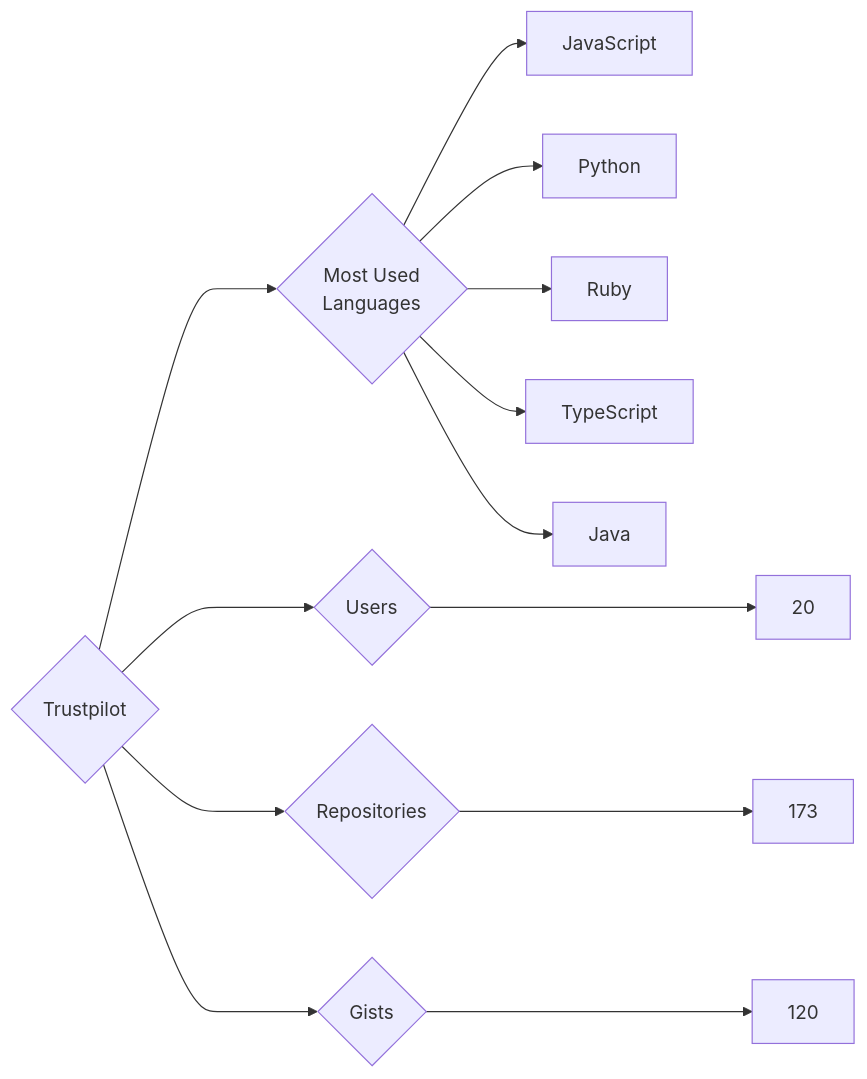
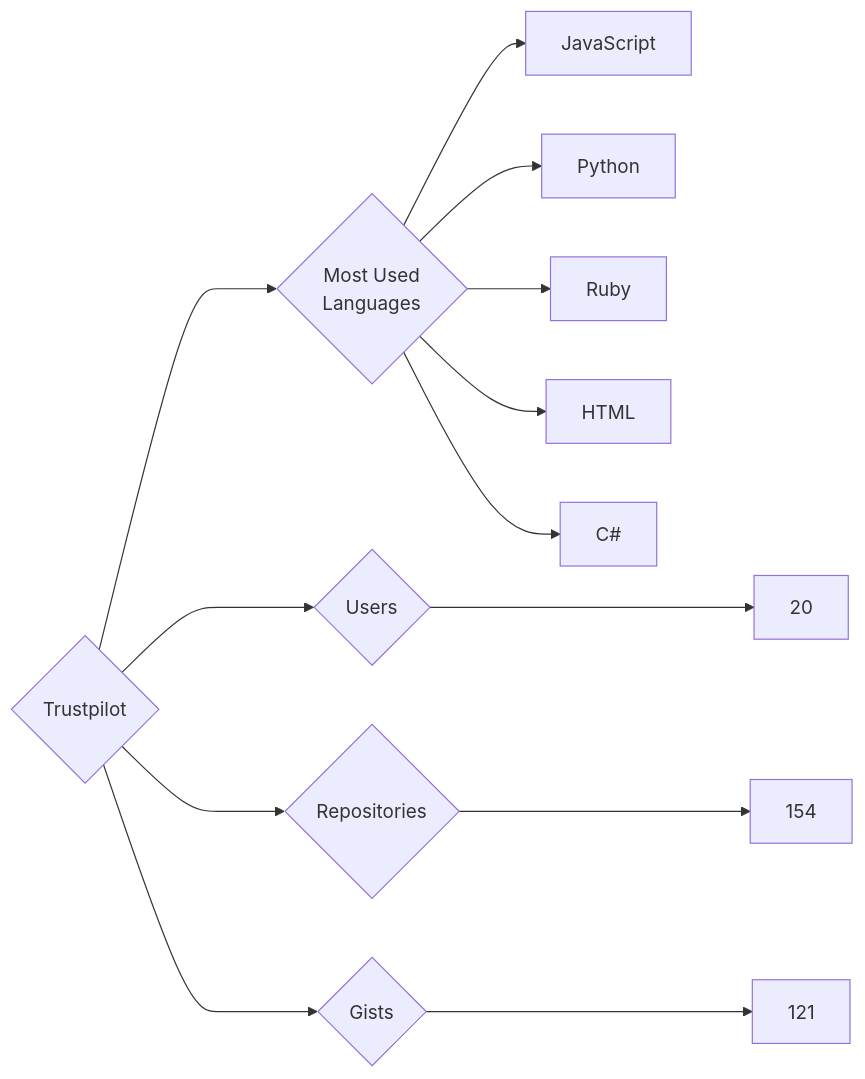
The diagram in targets/Trustpilot/README.md (trickest/insiders), drawn with Mermaid before and after one commit. The commit also changed 1484 other files, not shown here.

````diff
--- a/targets/Trustpilot/README.md
+++ b/targets/Trustpilot/README.md
@@ -3,13 +3,13 @@
 ```mermaid
 graph LR
 COMPANY_NAME{Trustpilot}
 COMPANY_NAME ---> U{Users} ---> UN[20]
-COMPANY_NAME ---> R{Repositories} ---> RN[173]
-COMPANY_NAME ---> G{Gists} ---> GN[120]
+COMPANY_NAME ---> R{Repositories} ---> RN[154]
+COMPANY_NAME ---> G{Gists} ---> GN[121]
 COMPANY_NAME ---> ML{Most Used<br>Languages}
 ML --> JavaScript[JavaScript]
 ML --> Python[Python]
 ML --> Ruby[Ruby]
-ML --> TypeScript[TypeScript]
-ML --> Java[Java]
+ML --> HTML[HTML]
+ML --> C#[C#]
 ```
````
